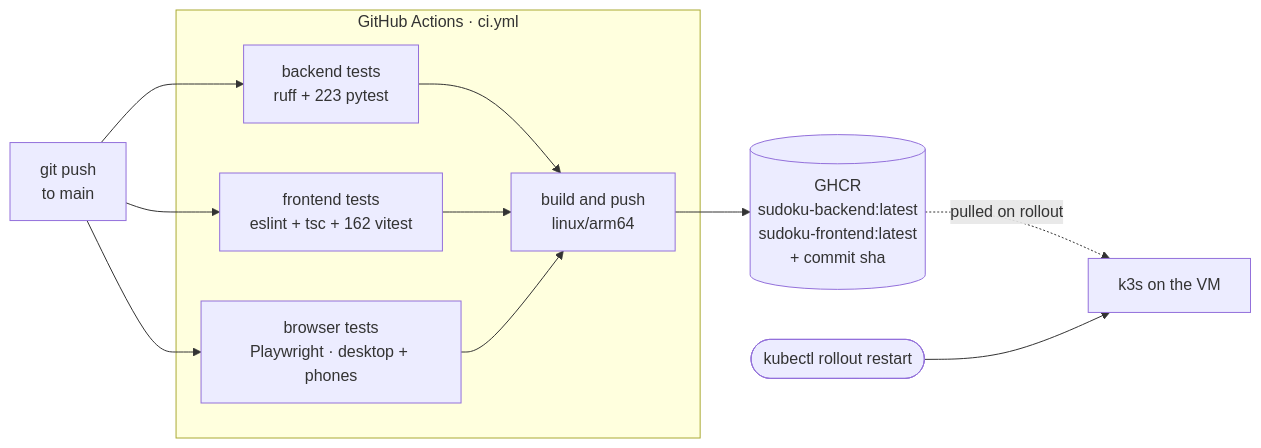
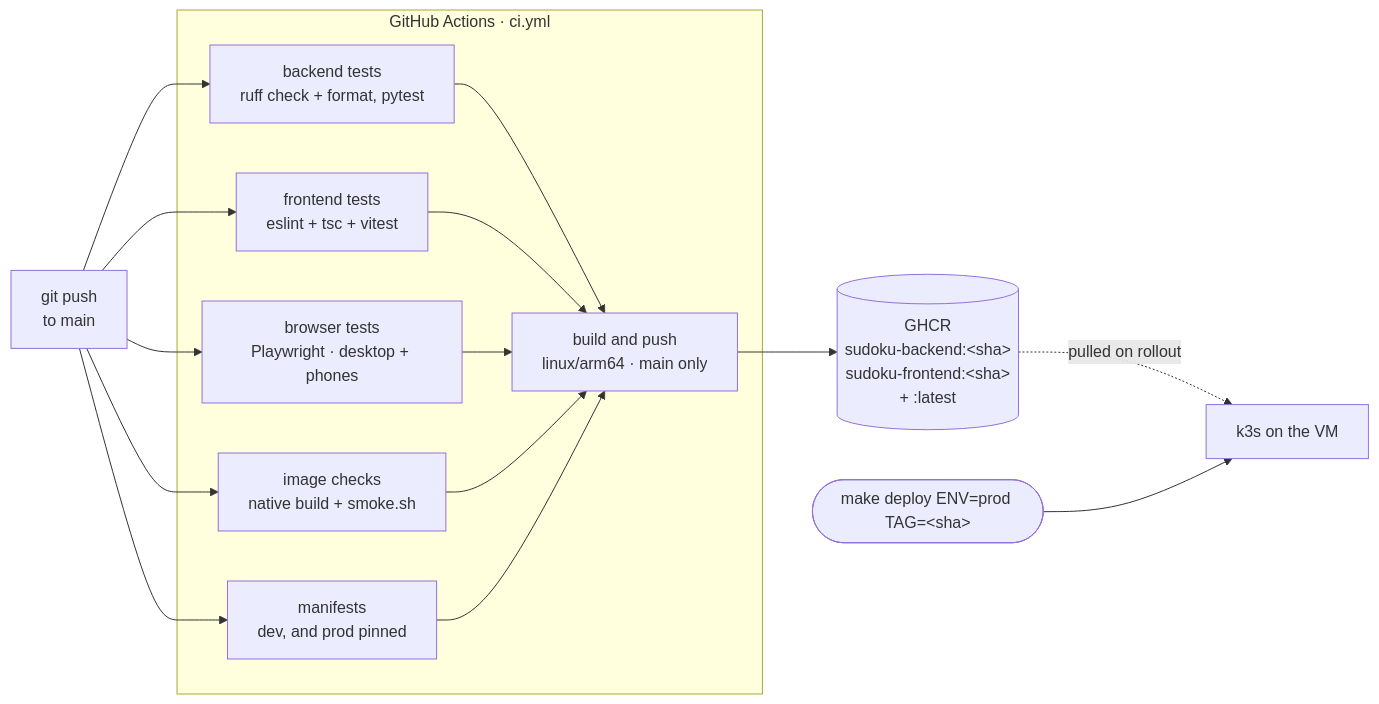
The fourth of 4 diagrams in ARCHITECTURE.md (edwinargueta/Sudoku-Solver-Google-OR-tools), drawn with Mermaid before and after one commit. The commit also changed other lines of this file and 71 other files, not shown here.

````diff
--- a/ARCHITECTURE.md
+++ b/ARCHITECTURE.md
@@ -184,24 +239,30 @@
 ```mermaid
 flowchart LR
     DEV["git push<br/>to main"]
 
     subgraph gha["GitHub Actions · ci.yml"]
-        BT["backend tests<br/>ruff + 223 pytest"]
-        FT["frontend tests<br/>eslint + tsc + 162 vitest"]
+        BT["backend tests<br/>ruff check + format, pytest"]
+        FT["frontend tests<br/>eslint + tsc + vitest"]
         E2E["browser tests<br/>Playwright · desktop + phones"]
-        BLD["build and push<br/>linux/arm64"]
+        IMG["image checks<br/>native build + smoke.sh"]
+        MAN["manifests<br/>dev, and prod pinned"]
+        BLD["build and push<br/>linux/arm64 · main only"]
         BT --> BLD
         FT --> BLD
         E2E --> BLD
+        IMG --> BLD
+        MAN --> BLD
     end
 
-    GHCR[("GHCR<br/>sudoku-backend:latest<br/>sudoku-frontend:latest<br/>+ commit sha")]
+    GHCR[("GHCR<br/>sudoku-backend:#lt;sha#gt;<br/>sudoku-frontend:#lt;sha#gt;<br/>+ :latest")]
     K3S["k3s on the VM"]
 
     DEV --> BT
     DEV --> FT
     DEV --> E2E
+    DEV --> IMG
+    DEV --> MAN
     BLD --> GHCR
     GHCR -. "pulled on rollout" .-> K3S
-    OP(["kubectl rollout restart"]) --> K3S
+    OP(["make deploy ENV=prod TAG=#lt;sha#gt;"]) --> K3S
 ```
````
